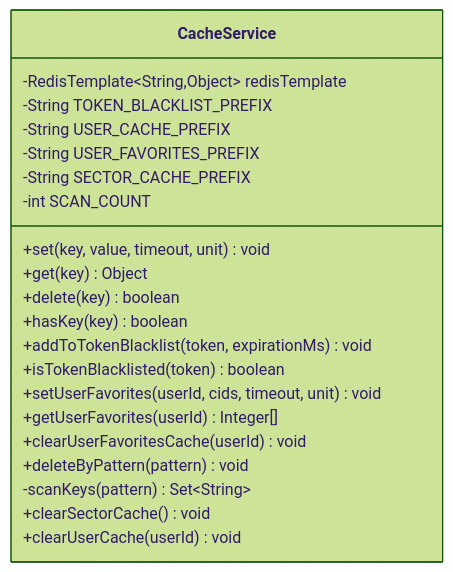
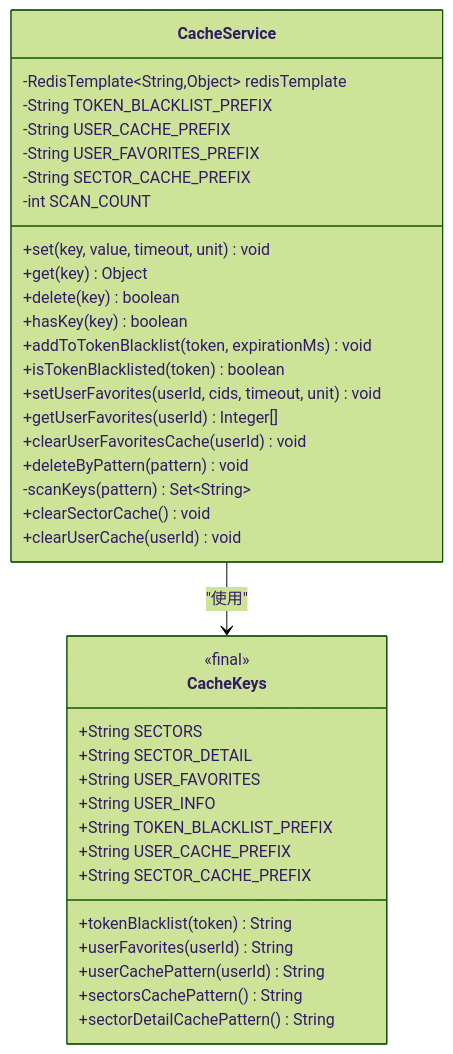
The third of 9 diagrams in .qoder/repowiki/zh/content/后端系统/服务层设计/缓存服务.md (PersonNoName/FreeTrader), drawn with Mermaid (forest theme) before and after one commit. The commit also changed other lines of this file and 10 other files, not shown here.

````diff
--- a/.qoder/repowiki/zh/content/后端系统/服务层设计/缓存服务.md
+++ b/.qoder/repowiki/zh/content/后端系统/服务层设计/缓存服务.md
@@ -126,24 +158,40 @@
 ```mermaid
 classDiagram
 class CacheService {
 -RedisTemplate~String,Object~ redisTemplate
 -String TOKEN_BLACKLIST_PREFIX
 -String USER_CACHE_PREFIX
 -String USER_FAVORITES_PREFIX
 -String SECTOR_CACHE_PREFIX
 -int SCAN_COUNT
 +set(key, value, timeout, unit) void
 +get(key) Object
 +delete(key) boolean
 +hasKey(key) boolean
 +addToTokenBlacklist(token, expirationMs) void
 +isTokenBlacklisted(token) boolean
 +setUserFavorites(userId, cids, timeout, unit) void
 +getUserFavorites(userId) Integer[]
 +clearUserFavoritesCache(userId) void
 +deleteByPattern(pattern) void
 -scanKeys(pattern) Set~String~
 +clearSectorCache() void
 +clearUserCache(userId) void
 }
+class CacheKeys {
+<<final>>
++String SECTORS
++String SECTOR_DETAIL
++String USER_FAVORITES
++String USER_INFO
++String TOKEN_BLACKLIST_PREFIX
++String USER_CACHE_PREFIX
++String SECTOR_CACHE_PREFIX
++tokenBlacklist(token) String
++userFavorites(userId) String
++userCachePattern(userId) String
++sectorsCachePattern() String
++sectorDetailCachePattern() String
+}
+CacheService --> CacheKeys : "使用"
 ```
````
